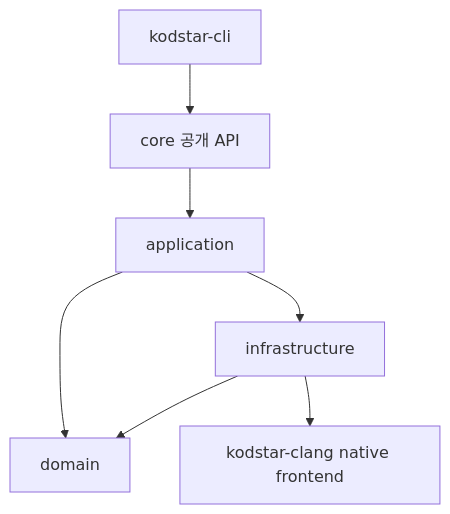
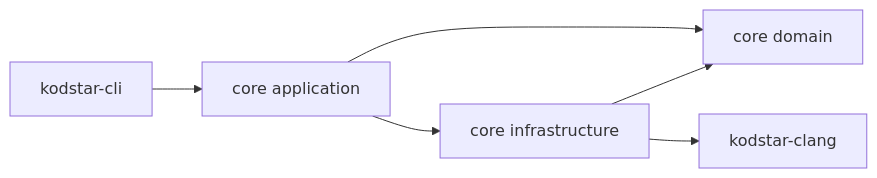
One commit to keonho-kim/kodstar changed the first of 2 diagrams in docs/architecture.md. Above: the diagram before and after it, drawn with Mermaid. The commit also changed other lines of this file and 17 other files, not shown here.

Commit message:
docs: restructure the CLI and architecture guides

````diff
--- a/docs/architecture.md
+++ b/docs/architecture.md
@@ -9,9 +38,8 @@
 ```mermaid
-flowchart TD
-    CLI[kodstar-cli] --> API[core 공개 API]
-    API --> APP[application]
-    APP --> DOMAIN[domain]
-    APP --> INFRA[infrastructure]
-    INFRA --> DOMAIN
-    INFRA --> CLANG[kodstar-clang native frontend]
+flowchart LR
+    CLI["kodstar-cli"] --> APP["core application"]
+    APP --> DOM["core domain"]
+    APP --> IO["core infrastructure"]
+    IO --> DOM
+    IO --> CLANG["kodstar-clang"]
 ```
````
